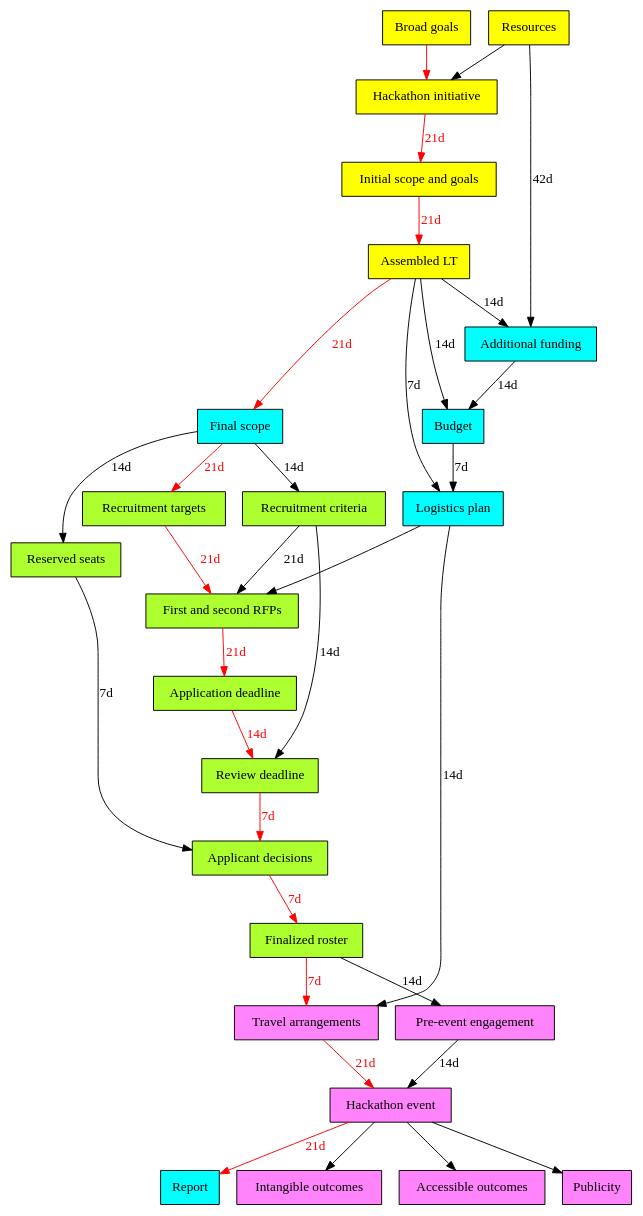
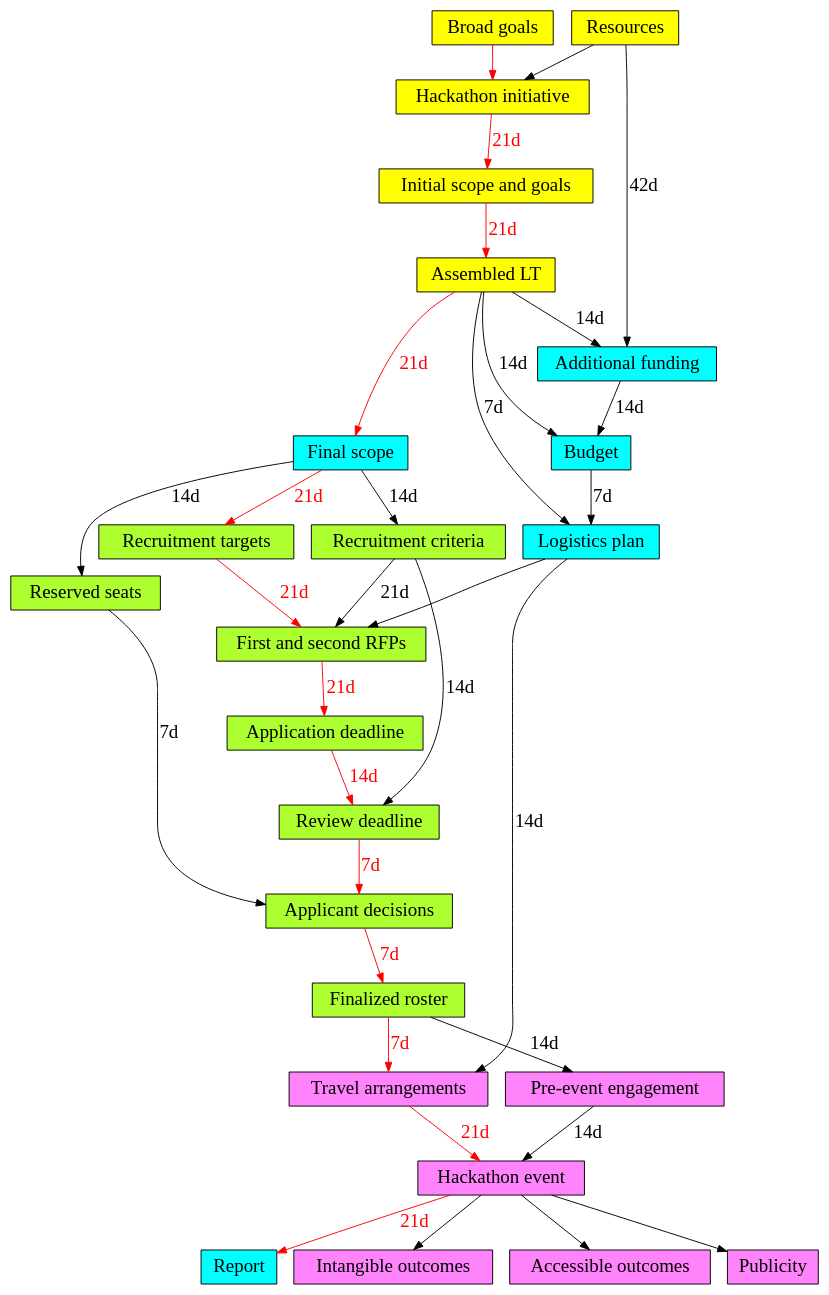
The diagram in manuscript/pert_chart/pert_chart.dot (NESCent/hip_hack_howto), drawn with Graphviz before and after one commit.

Commit message:
increased font size

```diff
--- a/manuscript/pert_chart/pert_chart.dot
+++ b/manuscript/pert_chart/pert_chart.dot
@@ -1,126 +1,126 @@
 digraph pert {
 	/* This is a Program Evaluation and Review Technique (PERT) chart: 
 	http://en.wikipedia.org/wiki/Program_evaluation_and_review_technique encoded in the
 	"dot" graph drawing language. The graph can be visualized in a number of different 
 	programs, the default being GraphViz (http://www.graphviz.org/). Feel free to edit
 	this file at will. As a TO DO item it might be useful to visually identify sets of
 	tasks and milestones that can be accomplished in parallel by team members between
 	conference calls to get an idea of the number of synchronized interactions and 
 	plenary decision points that are required.		
 	*/
 
-	node [ shape = box, style = filled, fontname = "Verdana" ];
-	edge [ fontname = "Verdana" ];
+	node [ shape = box, style = filled, fontname = "Verdana", fontsize = "20" ];
+	edge [ fontname = "Verdana", fontsize = "20" ];
 	
 	/* The following nodes are assumed to be the responsibility
 	of the "instigators", i.e. the core team that precedes, and
 	results in, a leadership team */
 	subgraph instigators {
 		node [fillcolor = yellow];
 	
 		"Broad goals"; // e.g. the goals of a research project that provides core funding
 		"Resources"; // e.g. funding from a project under whose aegis the event is held
 		"Hackathon initiative"; // the decision taken by instigators to organize a hackathon
 		"Initial scope and goals"; // the scope and goals as perceived by the instigators
 		"Assembled LT"; // a more or less finalized Leadership Team to organize the hackathon
 	}
 	
 	/* The following nodes are assumed to be the responsibility
 	of the leadership team */
 	subgraph leadership_team {
 		node [fillcolor = cyan];
 	
 		"Final scope"; // the hackathon scope and goals as perceived by the LT
 		"Additional funding"; // any additionally acquired funding
 		"Budget"; // the budget for the hackathon, potentially covering travel, catering, accommodation and venue
 		"Logistics plan"; // commitment to location, date, venue
 		"Report"; // any reporting that is required by the funders
 	}
 	
 	/* The following nodes are concerned with the recruitment 
 	process. These are actually also the responsibility of the LT,
 	but they are marked up differently to make this process stand out */
 	subgraph recruitment {
 		node [fillcolor = greenyellow];
 
 		"Reserved seats"; // a list of domain experts the LT want to invite
 		"Recruitment targets"; // a list of potential participant types
 		"Recruitment criteria"; // set of criteria by which applicants are reviewed and ranked
 		"First and second RFPs"; // a widely-circulated invitation to apply for participation
 		"Application deadline"; // a set of completed applications, e.g. forms / email responses
 		"Review deadline"; // reviews and ensuing ranking of applicants
 		"Applicant decisions"; // invitations to domain experts and positively-reviewed applicants
 		"Finalized roster"; // the final list of participants
 	}
 	
 	/* The following nodes are the responsibility of all involved:
 	the LT and the participants */
 	subgraph everyone {
 		node [fillcolor = orchid1];
 	
 		"Pre-event engagement"; // online interactions to refine scope and goals, and expectation management
 		"Travel arrangements"; // participant travel and accommodation 
 		"Hackathon event"; // the hackathon itself
 		"Intangible outcomes"; // e.g. strengthened community, broader impacts
 		"Accessible outcomes"; // e.g. publications, proposals, code
 		"Publicity"; // e.g. social media, newsletters, hackathon proceedings
 	}
 	
 	/* Edges are all annotated with	a naive estimate of the number of days it would
 	take to accomplish the target milestone given the successful completion of the source
 	milestone(s). Most milestones are assumed to be accomplished by an experienced
 	leadership team with past experiences and artefacts to draw from. The turnaround time
 	between many of these milestones is therefore now penciled in as two weeks or less 
 	(e.g. the time between conference calls, the time to get a reply to an email). Tasks 
 	that include interactions with others, such as funders, inexperienced participants, 
 	travel agents and so on are assumed to take longer.
 	*/	
 	
 	/* The following edges are assumed to constitute the "critical 
 	path". As a TODO item, a specification of the time needed to achieve
 	each milestone in this graph would allow us to compute the actual
 	critical path and validate the following, subjective, assignments
 	to the critical path */
 	edge [color = red fontcolor = red];
 	
 	"Broad goals" -> "Hackathon initiative"; // starting condition
 	"Hackathon initiative" -> "Initial scope and goals" [ label = "21d" ];
 	"Initial scope and goals" -> "Assembled LT" [ label = "21d" ]; // await multiple responses
 	"Assembled LT" -> "Final scope" [ label = "21d" ]; // iterative debate
 	"Final scope" -> "Recruitment targets" [ label = "21d" ];
 	"Recruitment targets" -> "First and second RFPs" [ label = "21d" ];
 	"First and second RFPs" -> "Application deadline" [ label = "21d" ]; // await multiple responses
 	"Application deadline" -> "Review deadline" [ label = "14d" ];
 	"Review deadline" -> "Applicant decisions" [ label = "7d" ];
 	"Applicant decisions" -> "Finalized roster" [ label = "7d" ];
 	"Finalized roster" -> "Travel arrangements" [ label = "7d" ];
 	"Travel arrangements" -> "Hackathon event" [ label = "21d" ]; // communicate with travel agents
 	"Hackathon event" -> "Report" [ label = "21d" ]; // probably less time sensitive
 	
 	/* These edges do not belong to the critical path. This doesn't mean
 	they're somehow less important, just that they don't participate in the
 	longest dependency chain. */
 	edge [color = black fontcolor = black];
 	
 	"Resources" -> "Hackathon initiative"; // starting condition
 	"Resources" -> "Additional funding" [ label = "42d" ]; // await multiple responses
 	"Additional funding" -> "Budget" [ label = "14d" ];
 	"Budget" -> "Logistics plan" [ label = "7d" ];
 	"Logistics plan" -> "Travel arrangements" [ label = "14d" ];
 	"Logistics plan" -> "First and second RFPs";
 	"Final scope" -> "Reserved seats" [ label = "14d" ];
 	"Final scope" -> "Recruitment criteria" [ label = "14d" ];
 	"Recruitment criteria" -> "Review deadline" [ label = "14d" ];	
 	"Recruitment criteria" -> "First and second RFPs" [ label = "21d" ];
 	"Reserved seats" -> "Applicant decisions" [ label = "7d" ];
 	"Finalized roster" -> "Pre-event engagement" [ label = "14d" ];
 	"Pre-event engagement" -> "Hackathon event" [ label = "14d" ];
 	"Assembled LT" -> "Additional funding" [ label = "14d" ];
 	"Assembled LT" -> "Budget" [ label = "14d" ];
 	"Assembled LT" -> "Logistics plan" [ label = "7d" ];
 	
 	// no real deadline on the below. 
 	"Hackathon event" -> "Intangible outcomes";
 	"Hackathon event" -> "Accessible outcomes";
 	"Hackathon event" -> "Publicity";	
 }
```
